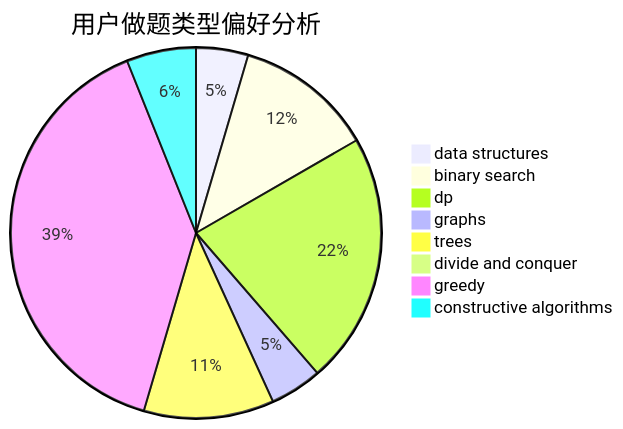
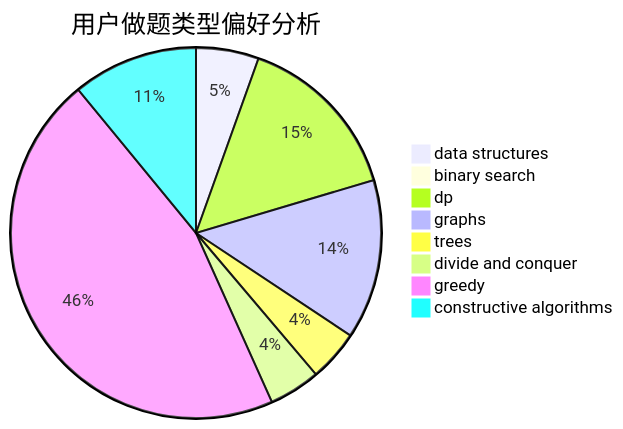
The second of 3 diagrams in docs/user/u2702.md (sherpahu/cfrs.github.io), drawn with Mermaid before and after one commit. The commit also changed other lines of this file and 2770 other files, not shown here.

````diff
--- a/docs/user/u2702.md
+++ b/docs/user/u2702.md
@@ -23,11 +23,11 @@
 ```mermaid
 pie title 用户做题类型偏好分析
-    "data structures" :  6
-    "binary search" :  16
-    "dp" :  29
-    "graphs" :  6
-    "trees" :  15
-    "divide and conquer" :  0
-    "greedy" :  52
-    "constructive algorithms" :  8
+    "data structures" :  11
+    "binary search" :  0
+    "dp" :  30
+    "graphs" :  28
+    "trees" :  9
+    "divide and conquer" :  9
+    "greedy" :  92
+    "constructive algorithms" :  22
 ```
````
